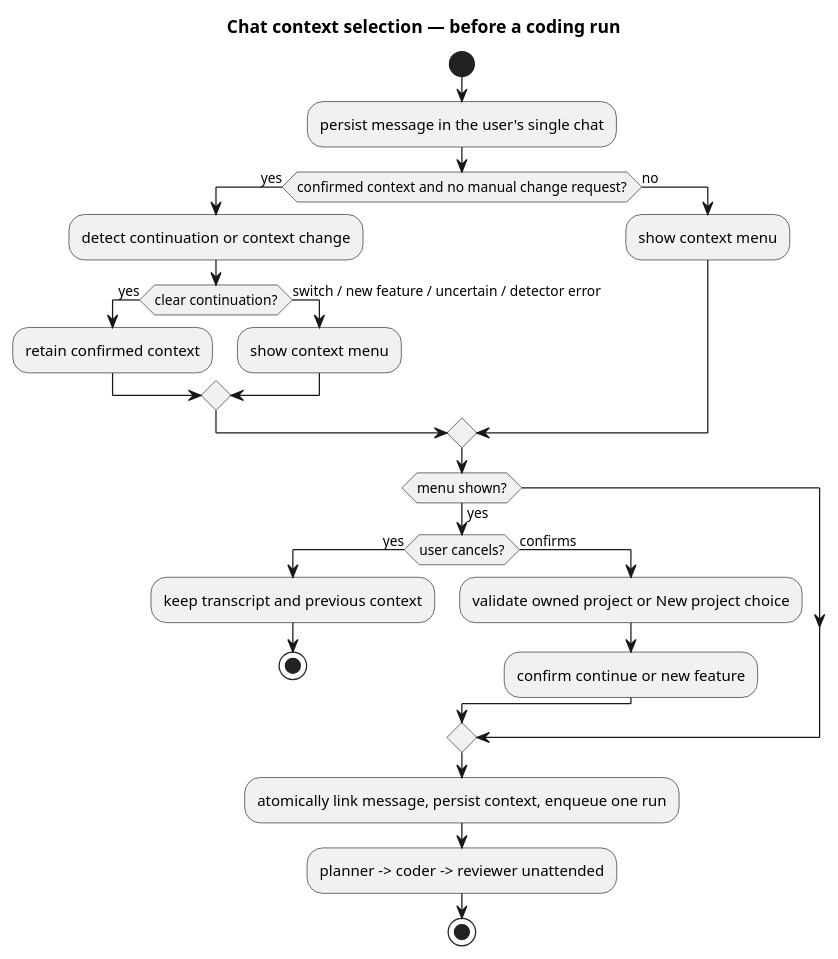
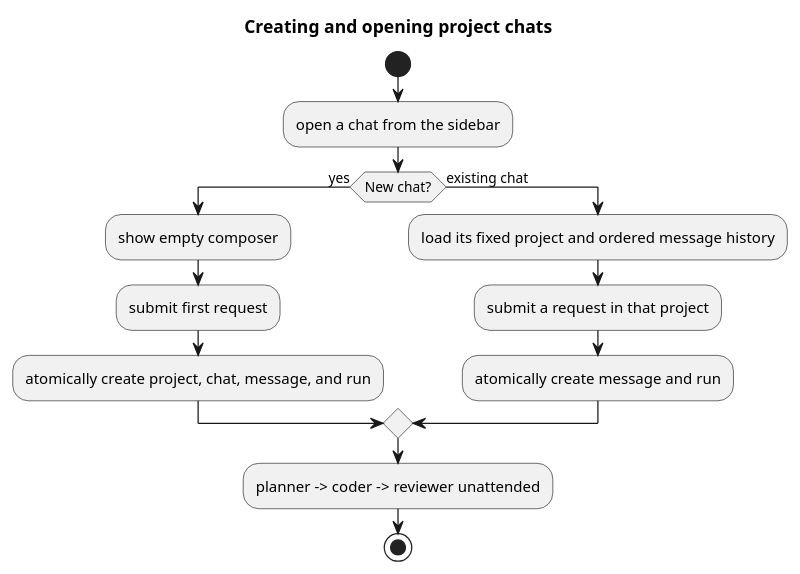
Before and after one commit to gdpe-franco/ai-coding-agent-pipeline: the third of 7 diagrams in docs/architecture.md, drawn with PlantUML. The commit also changed other lines of this file and 58 other files, not shown here.

Commit message:
refactor: bind projects to chats and unify run history

````diff
--- a/docs/architecture.md
+++ b/docs/architecture.md
@@ -198,32 +175,21 @@
 ```puml
 @startuml
 !pragma layout smetana
-title Chat context selection — before a coding run
+title Creating and opening project chats
 skinparam backgroundColor white
 skinparam shadowing false
 start
-:persist message in the user's single chat;
-if (confirmed context and no manual change request?) then (yes)
-  :detect continuation or context change;
-  if (clear continuation?) then (yes)
-    :retain confirmed context;
-  else (switch / new feature / uncertain / detector error)
-    :show context menu;
-  endif
-else (no)
-  :show context menu;
+:open a chat from the sidebar;
+if (New chat?) then (yes)
+  :show empty composer;
+  :submit first request;
+  :atomically create project, chat, message, and run;
+else (existing chat)
+  :load its fixed project and ordered message history;
+  :submit a request in that project;
+  :atomically create message and run;
 endif
-if (menu shown?) then (yes)
-  if (user cancels?) then (yes)
-    :keep transcript and previous context;
-    stop
-  else (confirms)
-    :validate owned project or New project choice;
-    :confirm continue or new feature;
-  endif
-endif
-:atomically link message, persist context, enqueue one run;
 :planner -> coder -> reviewer unattended;
 stop
 @enduml
 ```
````
